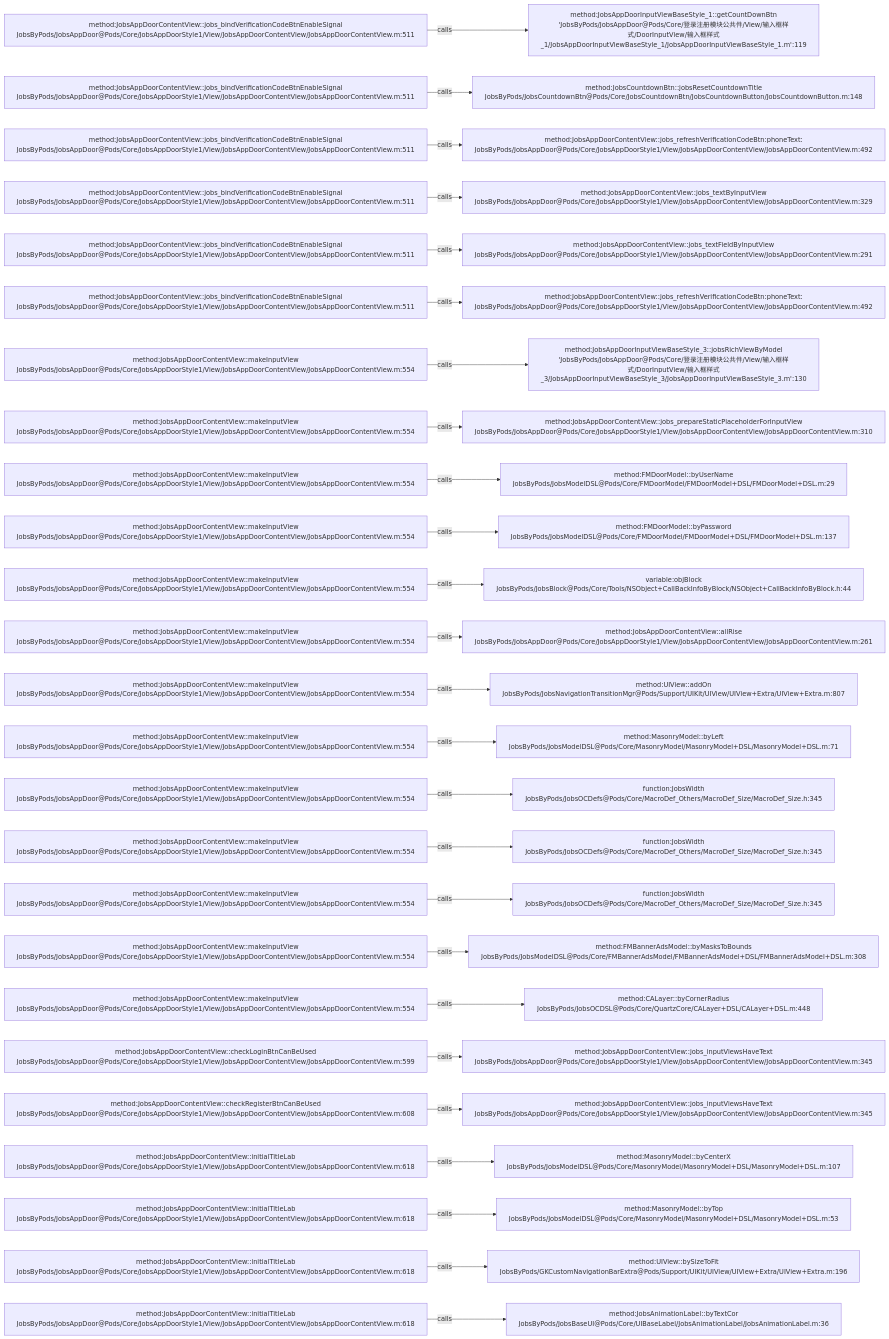
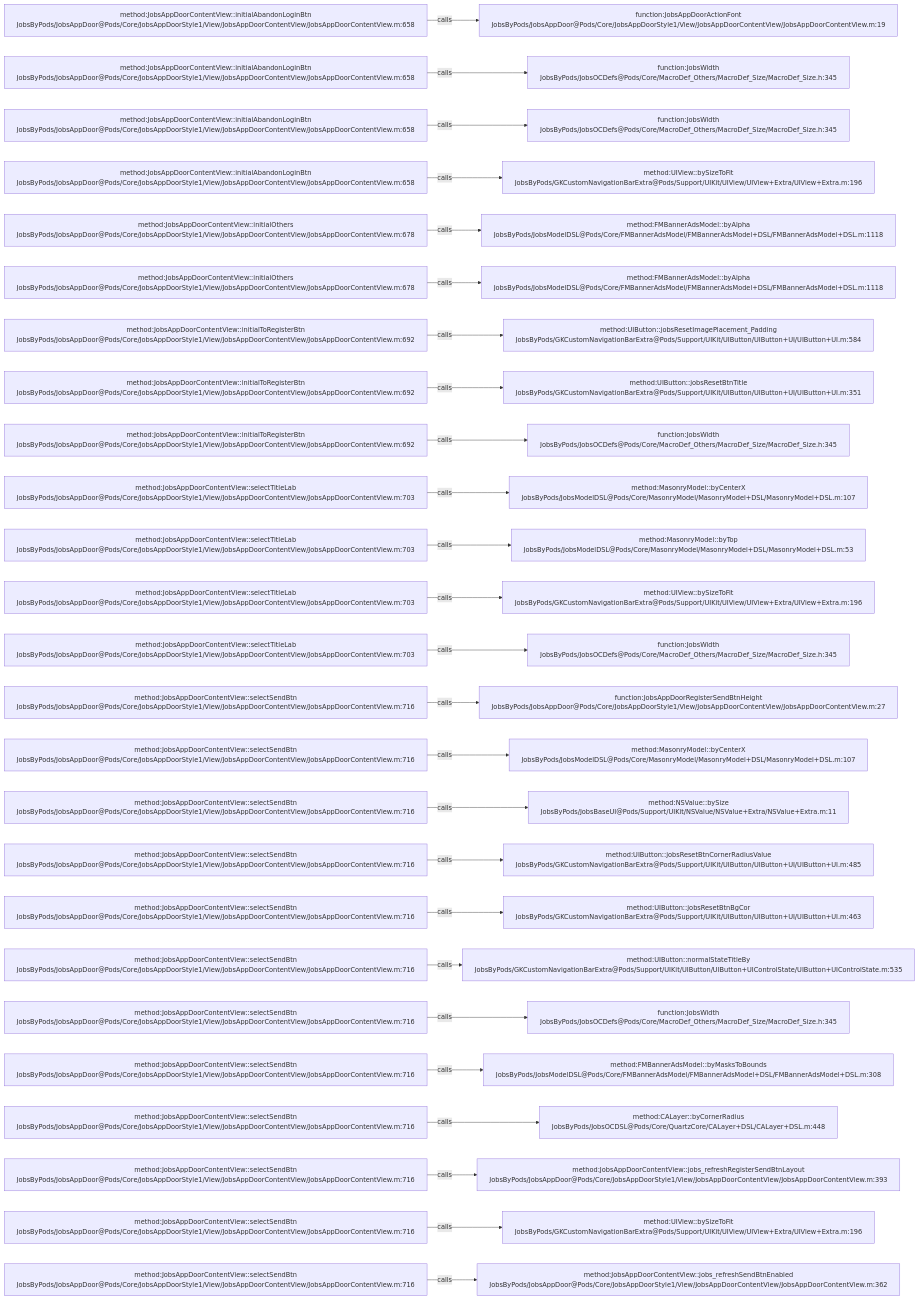
The diagram in .codegraph/codegraph.md/graphs/calls-094.md (JobsKits/JobsOCBaseConfigDemo), drawn with Mermaid before and after one commit. The commit also changed 223 other files, not shown here.

````diff
--- a/.codegraph/codegraph.md/graphs/calls-094.md
+++ b/.codegraph/codegraph.md/graphs/calls-094.md
@@ -13,78 +13,78 @@
 ```mermaid
 flowchart LR
-  S1["method:JobsAppDoorContentView::jobs_bindVerificationCodeBtnEnableSignal<br/>JobsByPods/JobsAppDoor@Pods/Core/JobsAppDoorStyle1/View/JobsAppDoorContentView/JobsAppDoorContentView.m:511"]
-  T1["method:JobsAppDoorInputViewBaseStyle_1::getCountDownBtn<br/>'JobsByPods/JobsAppDoor@Pods/Core/登录注册模块公共件/View/输入框样式/DoorInputView/输入框样式_1/JobsAppDoorInputViewBaseStyle_1/JobsAppDoorInputViewBaseStyle_1.m':119"]
+  S1["method:JobsAppDoorContentView::initialAbandonLoginBtn<br/>JobsByPods/JobsAppDoor@Pods/Core/JobsAppDoorStyle1/View/JobsAppDoorContentView/JobsAppDoorContentView.m:658"]
+  T1["function:JobsAppDoorActionFont<br/>JobsByPods/JobsAppDoor@Pods/Core/JobsAppDoorStyle1/View/JobsAppDoorContentView/JobsAppDoorContentView.m:19"]
   S1 -->|calls| T1
-  S2["method:JobsAppDoorContentView::jobs_bindVerificationCodeBtnEnableSignal<br/>JobsByPods/JobsAppDoor@Pods/Core/JobsAppDoorStyle1/View/JobsAppDoorContentView/JobsAppDoorContentView.m:511"]
-  T2["method:JobsCountdownBtn::jobsResetCountdownTitle<br/>JobsByPods/JobsCountdownBtn@Pods/Core/JobsCountdownBtn/JobsCountdownButton/JobsCountdownButton.m:148"]
+  S2["method:JobsAppDoorContentView::initialAbandonLoginBtn<br/>JobsByPods/JobsAppDoor@Pods/Core/JobsAppDoorStyle1/View/JobsAppDoorContentView/JobsAppDoorContentView.m:658"]
+  T2["function:JobsWidth<br/>JobsByPods/JobsOCDefs@Pods/Core/MacroDef_Others/MacroDef_Size/MacroDef_Size.h:345"]
   S2 -->|calls| T2
-  S3["method:JobsAppDoorContentView::jobs_bindVerificationCodeBtnEnableSignal<br/>JobsByPods/JobsAppDoor@Pods/Core/JobsAppDoorStyle1/View/JobsAppDoorContentView/JobsAppDoorContentView.m:511"]
-  T3["method:JobsAppDoorContentView::jobs_refreshVerificationCodeBtn:phoneText:<br/>JobsByPods/JobsAppDoor@Pods/Core/JobsAppDoorStyle1/View/JobsAppDoorContentView/JobsAppDoorContentView.m:492"]
+  S3["method:JobsAppDoorContentView::initialAbandonLoginBtn<br/>JobsByPods/JobsAppDoor@Pods/Core/JobsAppDoorStyle1/View/JobsAppDoorContentView/JobsAppDoorContentView.m:658"]
+  T3["function:JobsWidth<br/>JobsByPods/JobsOCDefs@Pods/Core/MacroDef_Others/MacroDef_Size/MacroDef_Size.h:345"]
   S3 -->|calls| T3
-  S4["method:JobsAppDoorContentView::jobs_bindVerificationCodeBtnEnableSignal<br/>JobsByPods/JobsAppDoor@Pods/Core/JobsAppDoorStyle1/View/JobsAppDoorContentView/JobsAppDoorContentView.m:511"]
-  T4["method:JobsAppDoorContentView::jobs_textByInputView<br/>JobsByPods/JobsAppDoor@Pods/Core/JobsAppDoorStyle1/View/JobsAppDoorContentView/JobsAppDoorContentView.m:329"]
+  S4["method:JobsAppDoorContentView::initialAbandonLoginBtn<br/>JobsByPods/JobsAppDoor@Pods/Core/JobsAppDoorStyle1/View/JobsAppDoorContentView/JobsAppDoorContentView.m:658"]
+  T4["method:UIView::bySizeToFit<br/>JobsByPods/GKCustomNavigationBarExtra@Pods/Support/UIKit/UIView/UIView+Extra/UIView+Extra.m:196"]
   S4 -->|calls| T4
-  S5["method:JobsAppDoorContentView::jobs_bindVerificationCodeBtnEnableSignal<br/>JobsByPods/JobsAppDoor@Pods/Core/JobsAppDoorStyle1/View/JobsAppDoorContentView/JobsAppDoorContentView.m:511"]
-  T5["method:JobsAppDoorContentView::jobs_textFieldByInputView<br/>JobsByPods/JobsAppDoor@Pods/Core/JobsAppDoorStyle1/View/JobsAppDoorContentView/JobsAppDoorContentView.m:291"]
+  S5["method:JobsAppDoorContentView::initialOthers<br/>JobsByPods/JobsAppDoor@Pods/Core/JobsAppDoorStyle1/View/JobsAppDoorContentView/JobsAppDoorContentView.m:678"]
+  T5["method:FMBannerAdsModel::byAlpha<br/>JobsByPods/JobsModelDSL@Pods/Core/FMBannerAdsModel/FMBannerAdsModel+DSL/FMBannerAdsModel+DSL.m:1118"]
   S5 -->|calls| T5
-  S6["method:JobsAppDoorContentView::jobs_bindVerificationCodeBtnEnableSignal<br/>JobsByPods/JobsAppDoor@Pods/Core/JobsAppDoorStyle1/View/JobsAppDoorContentView/JobsAppDoorContentView.m:511"]
-  T6["method:JobsAppDoorContentView::jobs_refreshVerificationCodeBtn:phoneText:<br/>JobsByPods/JobsAppDoor@Pods/Core/JobsAppDoorStyle1/View/JobsAppDoorContentView/JobsAppDoorContentView.m:492"]
+  S6["method:JobsAppDoorContentView::initialOthers<br/>JobsByPods/JobsAppDoor@Pods/Core/JobsAppDoorStyle1/View/JobsAppDoorContentView/JobsAppDoorContentView.m:678"]
+  T6["method:FMBannerAdsModel::byAlpha<br/>JobsByPods/JobsModelDSL@Pods/Core/FMBannerAdsModel/FMBannerAdsModel+DSL/FMBannerAdsModel+DSL.m:1118"]
   S6 -->|calls| T6
-  S7["method:JobsAppDoorContentView::makeInputView<br/>JobsByPods/JobsAppDoor@Pods/Core/JobsAppDoorStyle1/View/JobsAppDoorContentView/JobsAppDoorContentView.m:554"]
-  T7["method:JobsAppDoorInputViewBaseStyle_3::jobsRichViewByModel<br/>'JobsByPods/JobsAppDoor@Pods/Core/登录注册模块公共件/View/输入框样式/DoorInputView/输入框样式_3/JobsAppDoorInputViewBaseStyle_3/JobsAppDoorInputViewBaseStyle_3.m':130"]
+  S7["method:JobsAppDoorContentView::initialToRegisterBtn<br/>JobsByPods/JobsAppDoor@Pods/Core/JobsAppDoorStyle1/View/JobsAppDoorContentView/JobsAppDoorContentView.m:692"]
+  T7["method:UIButton::jobsResetImagePlacement_Padding<br/>JobsByPods/GKCustomNavigationBarExtra@Pods/Support/UIKit/UIButton/UIButton+UI/UIButton+UI.m:584"]
   S7 -->|calls| T7
-  S8["method:JobsAppDoorContentView::makeInputView<br/>JobsByPods/JobsAppDoor@Pods/Core/JobsAppDoorStyle1/View/JobsAppDoorContentView/JobsAppDoorContentView.m:554"]
-  T8["method:JobsAppDoorContentView::jobs_prepareStaticPlaceholderForInputView<br/>JobsByPods/JobsAppDoor@Pods/Core/JobsAppDoorStyle1/View/JobsAppDoorContentView/JobsAppDoorContentView.m:310"]
+  S8["method:JobsAppDoorContentView::initialToRegisterBtn<br/>JobsByPods/JobsAppDoor@Pods/Core/JobsAppDoorStyle1/View/JobsAppDoorContentView/JobsAppDoorContentView.m:692"]
+  T8["method:UIButton::jobsResetBtnTitle<br/>JobsByPods/GKCustomNavigationBarExtra@Pods/Support/UIKit/UIButton/UIButton+UI/UIButton+UI.m:351"]
   S8 -->|calls| T8
-  S9["method:JobsAppDoorContentView::makeInputView<br/>JobsByPods/JobsAppDoor@Pods/Core/JobsAppDoorStyle1/View/JobsAppDoorContentView/JobsAppDoorContentView.m:554"]
-  T9["method:FMDoorModel::byUserName<br/>JobsByPods/JobsModelDSL@Pods/Core/FMDoorModel/FMDoorModel+DSL/FMDoorModel+DSL.m:29"]
+  S9["method:JobsAppDoorContentView::initialToRegisterBtn<br/>JobsByPods/JobsAppDoor@Pods/Core/JobsAppDoorStyle1/View/JobsAppDoorContentView/JobsAppDoorContentView.m:692"]
+  T9["function:JobsWidth<br/>JobsByPods/JobsOCDefs@Pods/Core/MacroDef_Others/MacroDef_Size/MacroDef_Size.h:345"]
   S9 -->|calls| T9
-  S10["method:JobsAppDoorContentView::makeInputView<br/>JobsByPods/JobsAppDoor@Pods/Core/JobsAppDoorStyle1/View/JobsAppDoorContentView/JobsAppDoorContentView.m:554"]
-  T10["method:FMDoorModel::byPassword<br/>JobsByPods/JobsModelDSL@Pods/Core/FMDoorModel/FMDoorModel+DSL/FMDoorModel+DSL.m:137"]
+  S10["method:JobsAppDoorContentView::selectTitleLab<br/>JobsByPods/JobsAppDoor@Pods/Core/JobsAppDoorStyle1/View/JobsAppDoorContentView/JobsAppDoorContentView.m:703"]
+  T10["method:MasonryModel::byCenterX<br/>JobsByPods/JobsModelDSL@Pods/Core/MasonryModel/MasonryModel+DSL/MasonryModel+DSL.m:107"]
   S10 -->|calls| T10
-  S11["method:JobsAppDoorContentView::makeInputView<br/>JobsByPods/JobsAppDoor@Pods/Core/JobsAppDoorStyle1/View/JobsAppDoorContentView/JobsAppDoorContentView.m:554"]
-  T11["variable:objBlock<br/>JobsByPods/JobsBlock@Pods/Core/Tools/NSObject+CallBackInfoByBlock/NSObject+CallBackInfoByBlock.h:44"]
+  S11["method:JobsAppDoorContentView::selectTitleLab<br/>JobsByPods/JobsAppDoor@Pods/Core/JobsAppDoorStyle1/View/JobsAppDoorContentView/JobsAppDoorContentView.m:703"]
+  T11["method:MasonryModel::byTop<br/>JobsByPods/JobsModelDSL@Pods/Core/MasonryModel/MasonryModel+DSL/MasonryModel+DSL.m:53"]
   S11 -->|calls| T11
-  S12["method:JobsAppDoorContentView::makeInputView<br/>JobsByPods/JobsAppDoor@Pods/Core/JobsAppDoorStyle1/View/JobsAppDoorContentView/JobsAppDoorContentView.m:554"]
-  T12["method:JobsAppDoorContentView::allRise<br/>JobsByPods/JobsAppDoor@Pods/Core/JobsAppDoorStyle1/View/JobsAppDoorContentView/JobsAppDoorContentView.m:261"]
+  S12["method:JobsAppDoorContentView::selectTitleLab<br/>JobsByPods/JobsAppDoor@Pods/Core/JobsAppDoorStyle1/View/JobsAppDoorContentView/JobsAppDoorContentView.m:703"]
+  T12["method:UIView::bySizeToFit<br/>JobsByPods/GKCustomNavigationBarExtra@Pods/Support/UIKit/UIView/UIView+Extra/UIView+Extra.m:196"]
   S12 -->|calls| T12
-  S13["method:JobsAppDoorContentView::makeInputView<br/>JobsByPods/JobsAppDoor@Pods/Core/JobsAppDoorStyle1/View/JobsAppDoorContentView/JobsAppDoorContentView.m:554"]
-  T13["method:UIView::addOn<br/>JobsByPods/JobsNavigationTransitionMgr@Pods/Support/UIKit/UIView/UIView+Extra/UIView+Extra.m:807"]
+  S13["method:JobsAppDoorContentView::selectTitleLab<br/>JobsByPods/JobsAppDoor@Pods/Core/JobsAppDoorStyle1/View/JobsAppDoorContentView/JobsAppDoorContentView.m:703"]
+  T13["function:JobsWidth<br/>JobsByPods/JobsOCDefs@Pods/Core/MacroDef_Others/MacroDef_Size/MacroDef_Size.h:345"]
   S13 -->|calls| T13
-  S14["method:JobsAppDoorContentView::makeInputView<br/>JobsByPods/JobsAppDoor@Pods/Core/JobsAppDoorStyle1/View/JobsAppDoorContentView/JobsAppDoorContentView.m:554"]
-  T14["method:MasonryModel::byLeft<br/>JobsByPods/JobsModelDSL@Pods/Core/MasonryModel/MasonryModel+DSL/MasonryModel+DSL.m:71"]
+  S14["method:JobsAppDoorContentView::selectSendBtn<br/>JobsByPods/JobsAppDoor@Pods/Core/JobsAppDoorStyle1/View/JobsAppDoorContentView/JobsAppDoorContentView.m:716"]
+  T14["function:JobsAppDoorRegisterSendBtnHeight<br/>JobsByPods/JobsAppDoor@Pods/Core/JobsAppDoorStyle1/View/JobsAppDoorContentView/JobsAppDoorContentView.m:27"]
   S14 -->|calls| T14
-  S15["method:JobsAppDoorContentView::makeInputView<br/>JobsByPods/JobsAppDoor@Pods/Core/JobsAppDoorStyle1/View/JobsAppDoorContentView/JobsAppDoorContentView.m:554"]
-  T15["function:JobsWidth<br/>JobsByPods/JobsOCDefs@Pods/Core/MacroDef_Others/MacroDef_Size/MacroDef_Size.h:345"]
+  S15["method:JobsAppDoorContentView::selectSendBtn<br/>JobsByPods/JobsAppDoor@Pods/Core/JobsAppDoorStyle1/View/JobsAppDoorContentView/JobsAppDoorContentView.m:716"]
+  T15["method:MasonryModel::byCenterX<br/>JobsByPods/JobsModelDSL@Pods/Core/MasonryModel/MasonryModel+DSL/MasonryModel+DSL.m:107"]
   S15 -->|calls| T15
-  S16["method:JobsAppDoorContentView::makeInputView<br/>JobsByPods/JobsAppDoor@Pods/Core/JobsAppDoorStyle1/View/JobsAppDoorContentView/JobsAppDoorContentView.m:554"]
-  T16["function:JobsWidth<br/>JobsByPods/JobsOCDefs@Pods/Core/MacroDef_Others/MacroDef_Size/MacroDef_Size.h:345"]
+  S16["method:JobsAppDoorContentView::selectSendBtn<br/>JobsByPods/JobsAppDoor@Pods/Core/JobsAppDoorStyle1/View/JobsAppDoorContentView/JobsAppDoorContentView.m:716"]
+  T16["method:NSValue::bySize<br/>JobsByPods/JobsBaseUI@Pods/Support/UIKit/NSValue/NSValue+Extra/NSValue+Extra.m:11"]
   S16 -->|calls| T16
-  S17["method:JobsAppDoorContentView::makeInputView<br/>JobsByPods/JobsAppDoor@Pods/Core/JobsAppDoorStyle1/View/JobsAppDoorContentView/JobsAppDoorContentView.m:554"]
-  T17["function:JobsWidth<br/>JobsByPods/JobsOCDefs@Pods/Core/MacroDef_Others/MacroDef_Size/MacroDef_Size.h:345"]
+  S17["method:JobsAppDoorContentView::selectSendBtn<br/>JobsByPods/JobsAppDoor@Pods/Core/JobsAppDoorStyle1/View/JobsAppDoorContentView/JobsAppDoorContentView.m:716"]
+  T17["method:UIButton::jobsResetBtnCornerRadiusValue<br/>JobsByPods/GKCustomNavigationBarExtra@Pods/Support/UIKit/UIButton/UIButton+UI/UIButton+UI.m:485"]
   S17 -->|calls| T17
-  S18["method:JobsAppDoorContentView::makeInputView<br/>JobsByPods/JobsAppDoor@Pods/Core/JobsAppDoorStyle1/View/JobsAppDoorContentView/JobsAppDoorContentView.m:554"]
-  T18["method:FMBannerAdsModel::byMasksToBounds<br/>JobsByPods/JobsModelDSL@Pods/Core/FMBannerAdsModel/FMBannerAdsModel+DSL/FMBannerAdsModel+DSL.m:308"]
+  S18["method:JobsAppDoorContentView::selectSendBtn<br/>JobsByPods/JobsAppDoor@Pods/Core/JobsAppDoorStyle1/View/JobsAppDoorContentView/JobsAppDoorContentView.m:716"]
+  T18["method:UIButton::jobsResetBtnBgCor<br/>JobsByPods/GKCustomNavigationBarExtra@Pods/Support/UIKit/UIButton/UIButton+UI/UIButton+UI.m:463"]
   S18 -->|calls| T18
-  S19["method:JobsAppDoorContentView::makeInputView<br/>JobsByPods/JobsAppDoor@Pods/Core/JobsAppDoorStyle1/View/JobsAppDoorContentView/JobsAppDoorContentView.m:554"]
-  T19["method:CALayer::byCornerRadius<br/>JobsByPods/JobsOCDSL@Pods/Core/QuartzCore/CALayer+DSL/CALayer+DSL.m:448"]
+  S19["method:JobsAppDoorContentView::selectSendBtn<br/>JobsByPods/JobsAppDoor@Pods/Core/JobsAppDoorStyle1/View/JobsAppDoorContentView/JobsAppDoorContentView.m:716"]
+  T19["method:UIButton::normalStateTitleBy<br/>JobsByPods/GKCustomNavigationBarExtra@Pods/Support/UIKit/UIButton/UIButton+UIControlState/UIButton+UIControlState.m:535"]
   S19 -->|calls| T19
-  S20["method:JobsAppDoorContentView::checkLoginBtnCanBeUsed<br/>JobsByPods/JobsAppDoor@Pods/Core/JobsAppDoorStyle1/View/JobsAppDoorContentView/JobsAppDoorContentView.m:599"]
-  T20["method:JobsAppDoorContentView::jobs_inputViewsHaveText<br/>JobsByPods/JobsAppDoor@Pods/Core/JobsAppDoorStyle1/View/JobsAppDoorContentView/JobsAppDoorContentView.m:345"]
+  S20["method:JobsAppDoorContentView::selectSendBtn<br/>JobsByPods/JobsAppDoor@Pods/Core/JobsAppDoorStyle1/View/JobsAppDoorContentView/JobsAppDoorContentView.m:716"]
+  T20["function:JobsWidth<br/>JobsByPods/JobsOCDefs@Pods/Core/MacroDef_Others/MacroDef_Size/MacroDef_Size.h:345"]
   S20 -->|calls| T20
-  S21["method:JobsAppDoorContentView::checkRegisterBtnCanBeUsed<br/>JobsByPods/JobsAppDoor@Pods/Core/JobsAppDoorStyle1/View/JobsAppDoorContentView/JobsAppDoorContentView.m:608"]
-  T21["method:JobsAppDoorContentView::jobs_inputViewsHaveText<br/>JobsByPods/JobsAppDoor@Pods/Core/JobsAppDoorStyle1/View/JobsAppDoorContentView/JobsAppDoorContentView.m:345"]
+  S21["method:JobsAppDoorContentView::selectSendBtn<br/>JobsByPods/JobsAppDoor@Pods/Core/JobsAppDoorStyle1/View/JobsAppDoorContentView/JobsAppDoorContentView.m:716"]
+  T21["method:FMBannerAdsModel::byMasksToBounds<br/>JobsByPods/JobsModelDSL@Pods/Core/FMBannerAdsModel/FMBannerAdsModel+DSL/FMBannerAdsModel+DSL.m:308"]
   S21 -->|calls| T21
-  S22["method:JobsAppDoorContentView::initialTitleLab<br/>JobsByPods/JobsAppDoor@Pods/Core/JobsAppDoorStyle1/View/JobsAppDoorContentView/JobsAppDoorContentView.m:618"]
-  T22["method:MasonryModel::byCenterX<br/>JobsByPods/JobsModelDSL@Pods/Core/MasonryModel/MasonryModel+DSL/MasonryModel+DSL.m:107"]
+  S22["method:JobsAppDoorContentView::selectSendBtn<br/>JobsByPods/JobsAppDoor@Pods/Core/JobsAppDoorStyle1/View/JobsAppDoorContentView/JobsAppDoorContentView.m:716"]
+  T22["method:CALayer::byCornerRadius<br/>JobsByPods/JobsOCDSL@Pods/Core/QuartzCore/CALayer+DSL/CALayer+DSL.m:448"]
   S22 -->|calls| T22
-  S23["method:JobsAppDoorContentView::initialTitleLab<br/>JobsByPods/JobsAppDoor@Pods/Core/JobsAppDoorStyle1/View/JobsAppDoorContentView/JobsAppDoorContentView.m:618"]
-  T23["method:MasonryModel::byTop<br/>JobsByPods/JobsModelDSL@Pods/Core/MasonryModel/MasonryModel+DSL/MasonryModel+DSL.m:53"]
+  S23["method:JobsAppDoorContentView::selectSendBtn<br/>JobsByPods/JobsAppDoor@Pods/Core/JobsAppDoorStyle1/View/JobsAppDoorContentView/JobsAppDoorContentView.m:716"]
+  T23["method:JobsAppDoorContentView::jobs_refreshRegisterSendBtnLayout<br/>JobsByPods/JobsAppDoor@Pods/Core/JobsAppDoorStyle1/View/JobsAppDoorContentView/JobsAppDoorContentView.m:393"]
   S23 -->|calls| T23
-  S24["method:JobsAppDoorContentView::initialTitleLab<br/>JobsByPods/JobsAppDoor@Pods/Core/JobsAppDoorStyle1/View/JobsAppDoorContentView/JobsAppDoorContentView.m:618"]
+  S24["method:JobsAppDoorContentView::selectSendBtn<br/>JobsByPods/JobsAppDoor@Pods/Core/JobsAppDoorStyle1/View/JobsAppDoorContentView/JobsAppDoorContentView.m:716"]
   T24["method:UIView::bySizeToFit<br/>JobsByPods/GKCustomNavigationBarExtra@Pods/Support/UIKit/UIView/UIView+Extra/UIView+Extra.m:196"]
   S24 -->|calls| T24
-  S25["method:JobsAppDoorContentView::initialTitleLab<br/>JobsByPods/JobsAppDoor@Pods/Core/JobsAppDoorStyle1/View/JobsAppDoorContentView/JobsAppDoorContentView.m:618"]
-  T25["method:JobsAnimationLabel::byTextCor<br/>JobsByPods/JobsBaseUI@Pods/Core/UIBaseLabel/JobsAnimationLabel/JobsAnimationLabel.m:36"]
+  S25["method:JobsAppDoorContentView::selectSendBtn<br/>JobsByPods/JobsAppDoor@Pods/Core/JobsAppDoorStyle1/View/JobsAppDoorContentView/JobsAppDoorContentView.m:716"]
+  T25["method:JobsAppDoorContentView::jobs_refreshSendBtnEnabled<br/>JobsByPods/JobsAppDoor@Pods/Core/JobsAppDoorStyle1/View/JobsAppDoorContentView/JobsAppDoorContentView.m:362"]
   S25 -->|calls| T25
 ```
````
